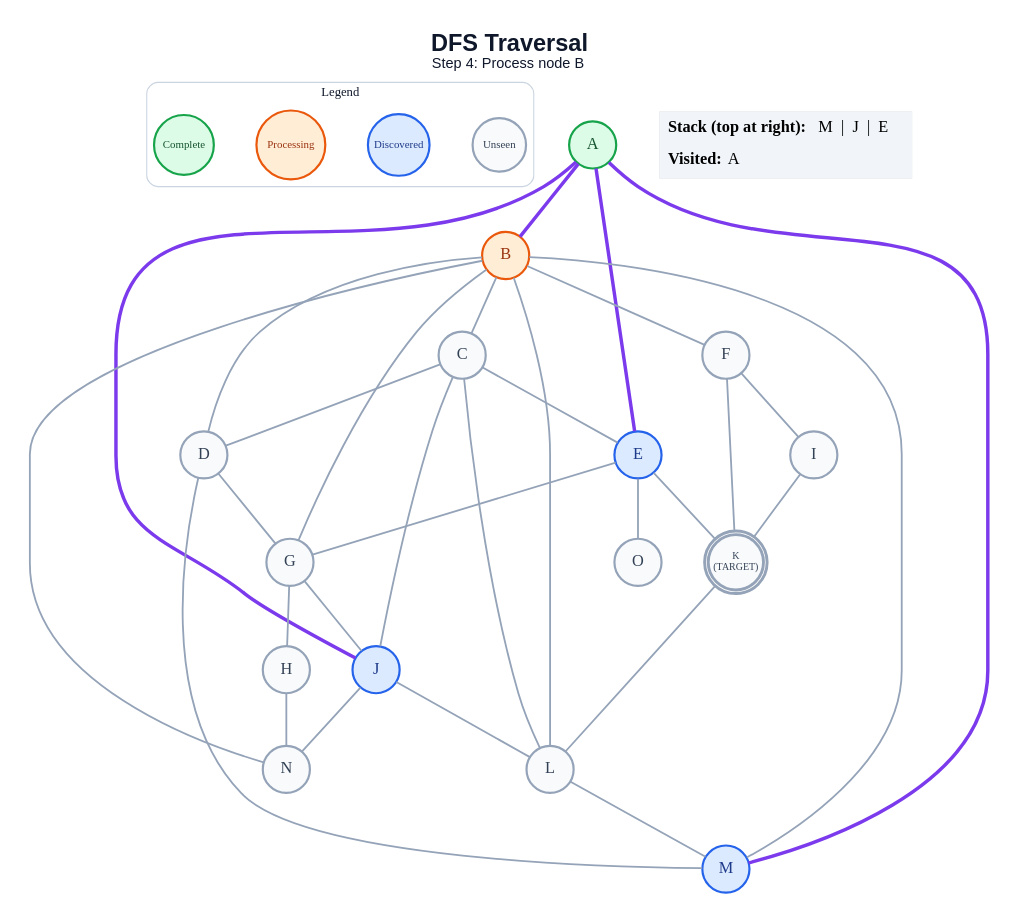
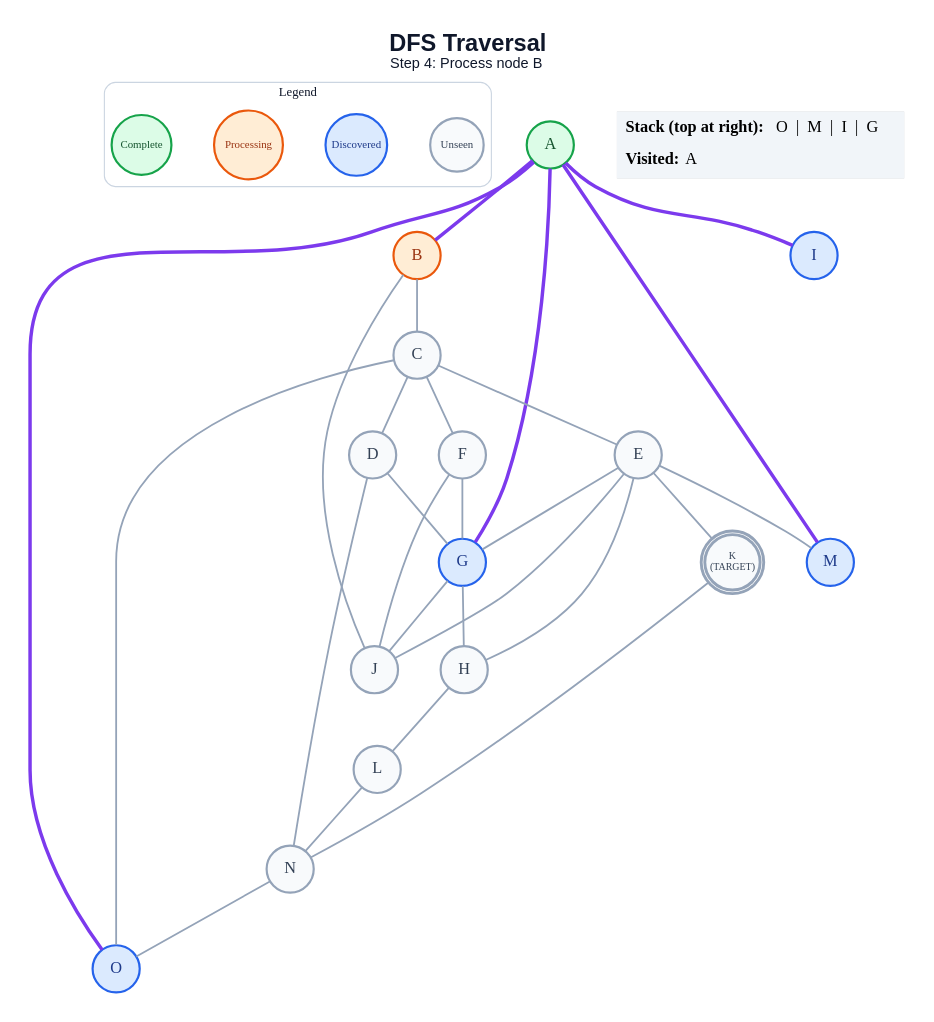
Before and after one commit to anon7238593-create/ai-slop: the diagram in generated/dfs/step_04.dot, drawn with Graphviz. The commit also changed 252 other files, not shown here.

```diff
--- a/generated/dfs/step_04.dot
+++ b/generated/dfs/step_04.dot
@@ -1,64 +1,60 @@
 graph traversal {
   graph [layout=dot, rankdir=TB, bgcolor="#FFFFFF", pad="0.35", nodesep="0.65", ranksep="0.8", fontname="Arial"];
   node [shape=circle, style="filled", fontname="Arial Bold", fontsize=18, width=0.72, fixedsize=true, penwidth=2.4];
   edge [color="#94A3B8", penwidth=2.0];
   label=<<B>DFS Traversal</B><BR/><FONT POINT-SIZE="16">Step 4: Process node B</FONT>>; labelloc="t"; fontsize=26; fontname="Arial"; fontcolor="#0F172A";
   subgraph cluster_legend { label="Legend"; color="#CBD5E1"; penwidth=1.2; style="rounded"; fontsize=14; fontname="Arial Bold";
     key_unseen [label="Unseen", fillcolor="#F8FAFC", color="#94A3B8", fontcolor="#334155", fontsize=12, width=0.82];
     key_frontier [label="Discovered", fillcolor="#DBEAFE", color="#2563EB", fontcolor="#1E3A8A", fontsize=12, width=0.95];
     key_current [label="Processing", fillcolor="#FFEDD5", color="#EA580C", fontcolor="#9A3412", fontsize=12, width=1.05];
     key_done [label="Complete", fillcolor="#DCFCE7", color="#16A34A", fontcolor="#14532D", fontsize=12, width=0.92];
     { rank=same; key_unseen; key_frontier; key_current; key_done; }
   }
   A [label="A", fillcolor="#DCFCE7", color="#16A34A", fontcolor="#14532D", peripheries=1, penwidth=2.4];
   B [label="B", fillcolor="#FFEDD5", color="#EA580C", fontcolor="#9A3412", peripheries=1, penwidth=2.4];
   C [label="C", fillcolor="#F8FAFC", color="#94A3B8", fontcolor="#334155", peripheries=1, penwidth=2.4];
   D [label="D", fillcolor="#F8FAFC", color="#94A3B8", fontcolor="#334155", peripheries=1, penwidth=2.4];
-  E [label="E", fillcolor="#DBEAFE", color="#2563EB", fontcolor="#1E3A8A", peripheries=1, penwidth=2.4];
+  E [label="E", fillcolor="#F8FAFC", color="#94A3B8", fontcolor="#334155", peripheries=1, penwidth=2.4];
   F [label="F", fillcolor="#F8FAFC", color="#94A3B8", fontcolor="#334155", peripheries=1, penwidth=2.4];
-  G [label="G", fillcolor="#F8FAFC", color="#94A3B8", fontcolor="#334155", peripheries=1, penwidth=2.4];
+  G [label="G", fillcolor="#DBEAFE", color="#2563EB", fontcolor="#1E3A8A", peripheries=1, penwidth=2.4];
   H [label="H", fillcolor="#F8FAFC", color="#94A3B8", fontcolor="#334155", peripheries=1, penwidth=2.4];
-  I [label="I", fillcolor="#F8FAFC", color="#94A3B8", fontcolor="#334155", peripheries=1, penwidth=2.4];
-  J [label="J", fillcolor="#DBEAFE", color="#2563EB", fontcolor="#1E3A8A", peripheries=1, penwidth=2.4];
+  I [label="I", fillcolor="#DBEAFE", color="#2563EB", fontcolor="#1E3A8A", peripheries=1, penwidth=2.4];
+  J [label="J", fillcolor="#F8FAFC", color="#94A3B8", fontcolor="#334155", peripheries=1, penwidth=2.4];
   K [label="K\n(TARGET)", fillcolor="#F8FAFC", color="#94A3B8", fontcolor="#334155", peripheries=2, penwidth=3.2, fontsize=11, width=0.85, height=0.85];
   L [label="L", fillcolor="#F8FAFC", color="#94A3B8", fontcolor="#334155", peripheries=1, penwidth=2.4];
   M [label="M", fillcolor="#DBEAFE", color="#2563EB", fontcolor="#1E3A8A", peripheries=1, penwidth=2.4];
   N [label="N", fillcolor="#F8FAFC", color="#94A3B8", fontcolor="#334155", peripheries=1, penwidth=2.4];
-  O [label="O", fillcolor="#F8FAFC", color="#94A3B8", fontcolor="#334155", peripheries=1, penwidth=2.4];
+  O [label="O", fillcolor="#DBEAFE", color="#2563EB", fontcolor="#1E3A8A", peripheries=1, penwidth=2.4];
   A -- B [color="#7C3AED", penwidth=3.8];
-  A -- E [color="#7C3AED", penwidth=3.8];
-  A -- J [color="#7C3AED", penwidth=3.8];
+  A -- G [color="#7C3AED", penwidth=3.8];
+  A -- I [color="#7C3AED", penwidth=3.8];
   A -- M [color="#7C3AED", penwidth=3.8];
+  A -- O [color="#7C3AED", penwidth=3.8];
   B -- C;
-  B -- D;
-  B -- F;
-  B -- G;
-  B -- L;
-  B -- M;
-  B -- N;
+  B -- J;
   C -- D;
   C -- E;
-  C -- J;
-  C -- L;
+  C -- F;
+  C -- O;
   D -- G;
-  D -- M;
+  D -- N;
   E -- G;
+  E -- H;
+  E -- J;
   E -- K;
-  E -- O;
-  F -- I;
-  F -- K;
+  E -- M;
+  F -- G;
+  F -- J;
   G -- H;
   G -- J;
-  H -- N;
-  I -- K;
-  J -- L;
-  J -- N;
-  K -- L;
-  L -- M;
+  H -- L;
+  K -- N;
+  L -- N;
+  N -- O;
   status [shape=plain, fixedsize=false, width=0, height=0, margin=0, label=<
     <TABLE BORDER="0" CELLBORDER="0" CELLPADDING="7" BGCOLOR="#F1F5F9">
-      <TR><TD ALIGN="LEFT"><B>Stack (top at right):</B> M  |  J  |  E</TD></TR>
+      <TR><TD ALIGN="LEFT"><B>Stack (top at right):</B> O  |  M  |  I  |  G</TD></TR>
       <TR><TD ALIGN="LEFT"><B>Visited:</B> A</TD></TR>
     </TABLE>
   >];
 }
```
